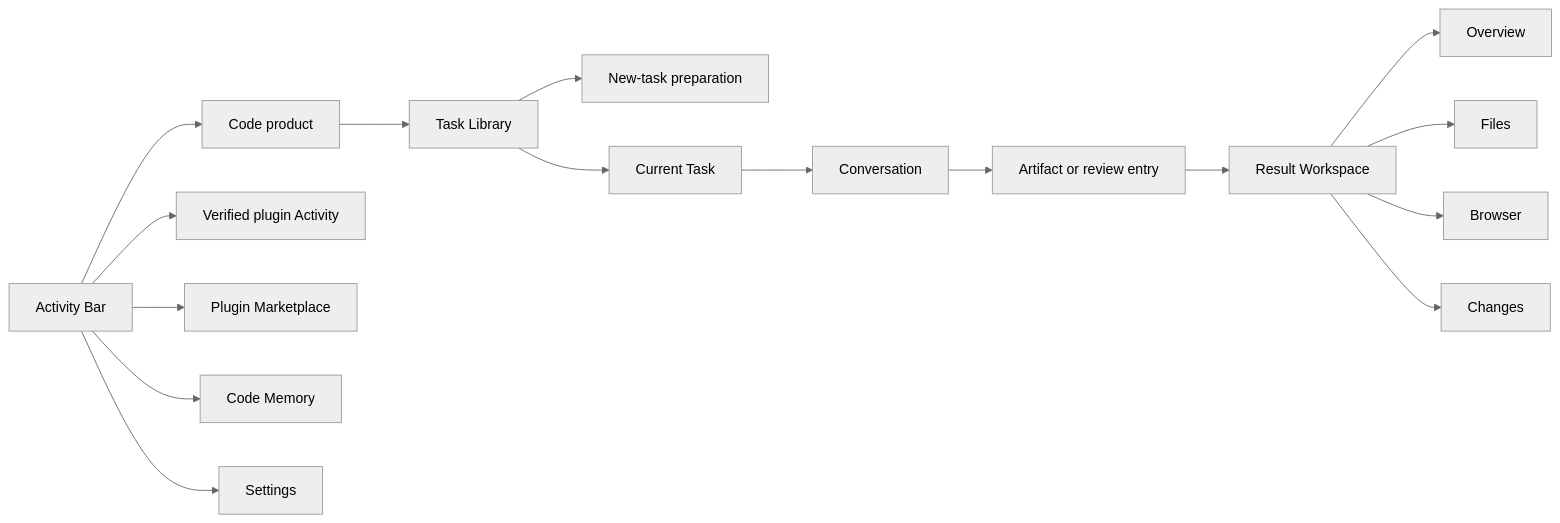
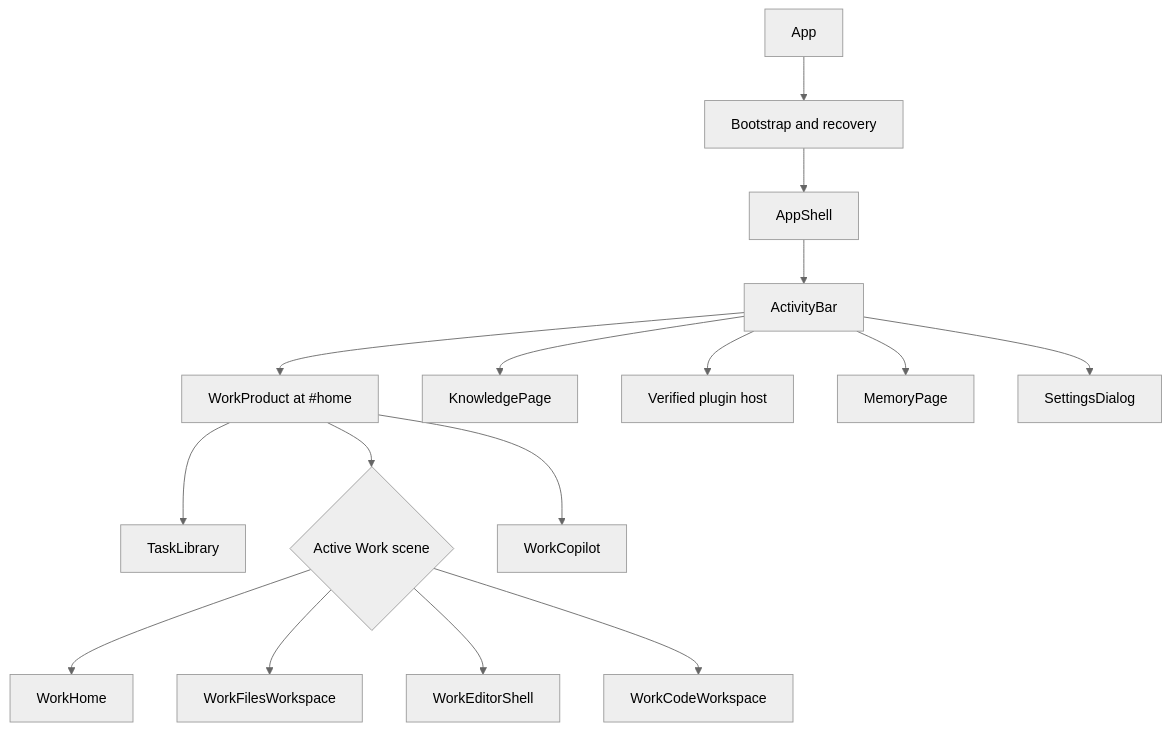
The first of 3 diagrams in apps/web/docs/PRODUCT_ARCHITECTURE.md (A3S-Lab/a3s), drawn with Mermaid (neutral theme) before and after one commit. The commit also changed other lines of this file and 107 other files, not shown here.

Commit message:
feat(web): unify work into an AI-native workspace

````diff
--- a/apps/web/docs/PRODUCT_ARCHITECTURE.md
+++ b/apps/web/docs/PRODUCT_ARCHITECTURE.md
@@ -12,18 +11,18 @@
 ```mermaid
-flowchart LR
-    ActivityBar[Activity Bar] --> Code[Code product]
-    ActivityBar --> Plugin[Verified plugin Activity]
-    ActivityBar --> Marketplace[Plugin Marketplace]
-    ActivityBar --> Memory[Code Memory]
-    Code --> TaskLibrary[Task Library]
-    TaskLibrary --> Draft[New-task preparation]
-    TaskLibrary --> Task[Current Task]
-    Task --> Conversation
-    Conversation --> ResultEntry[Artifact or review entry]
-    ResultEntry --> Results[Result Workspace]
-    Results --> Overview
-    Results --> Files
-    Results --> Browser
-    Results --> Changes
-    ActivityBar --> Settings
+flowchart TB
+    App --> Boot[Bootstrap and recovery]
+    Boot --> Shell[AppShell]
+    Shell --> Bar[ActivityBar]
+    Bar --> Work[WorkProduct at #home]
+    Bar --> Knowledge[KnowledgePage]
+    Bar --> Plugins[Verified plugin host]
+    Bar --> Memory[MemoryPage]
+    Bar --> Settings[SettingsDialog]
+    Work --> Sessions[TaskLibrary]
+    Work --> Scene{Active Work scene}
+    Scene --> Home[WorkHome]
+    Scene --> Files[WorkFilesWorkspace]
+    Scene --> Office[WorkEditorShell]
+    Scene --> Code[WorkCodeWorkspace]
+    Work --> Assistant[WorkCopilot]
 ```
````
